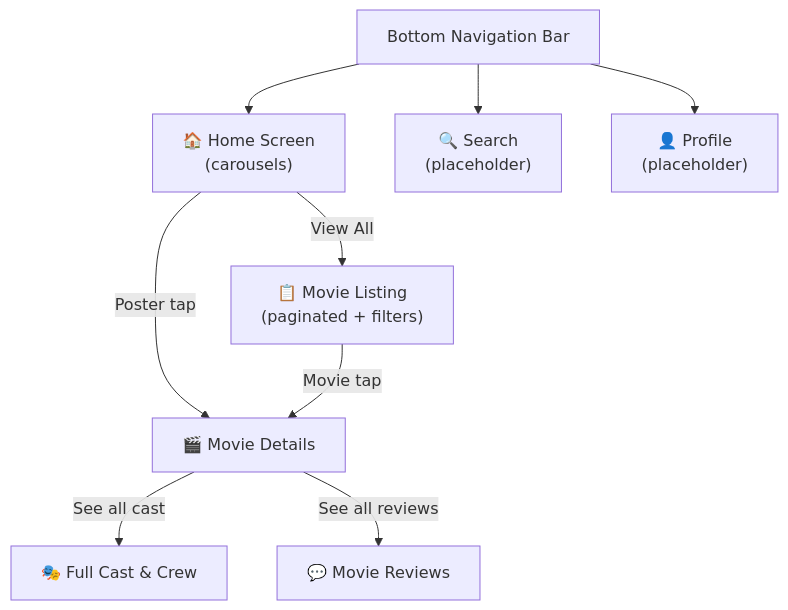
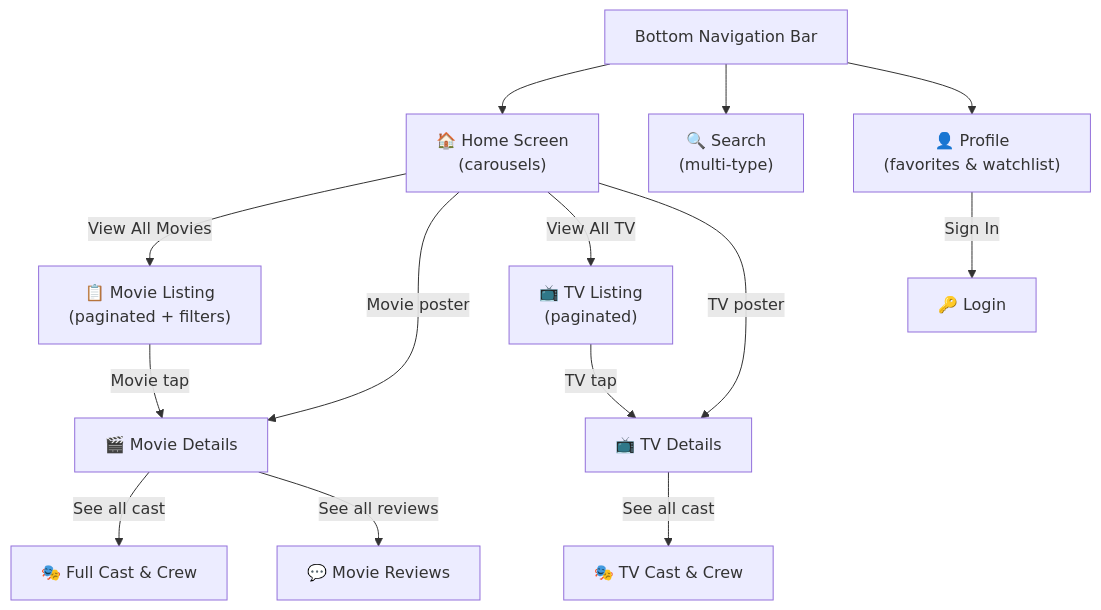
Before and after one commit to gspgobi/TMDB-v1: the first of 2 diagrams in README.md, drawn with Mermaid. The commit also changed other lines of this file, not shown here.

````diff
--- a/README.md
+++ b/README.md
@@ -54,21 +57,30 @@
 ```mermaid
 flowchart TD
     Home["🏠 Home Screen\n(carousels)"]
     Listing["📋 Movie Listing\n(paginated + filters)"]
     Details["🎬 Movie Details"]
     Cast["🎭 Full Cast & Crew"]
     Reviews["💬 Movie Reviews"]
-    Search["🔍 Search\n(placeholder)"]
-    Profile["👤 Profile\n(placeholder)"]
+    TvListing["📺 TV Listing\n(paginated)"]
+    TvDetails["📺 TV Details"]
+    TvCast["🎭 TV Cast & Crew"]
+    Search["🔍 Search\n(multi-type)"]
+    Profile["👤 Profile\n(favorites & watchlist)"]
+    Login["🔑 Login"]
 
-    Home -->|View All| Listing
-    Home -->|Poster tap| Details
+    Home -->|View All Movies| Listing
+    Home -->|Movie poster| Details
+    Home -->|View All TV| TvListing
+    Home -->|TV poster| TvDetails
     Listing -->|Movie tap| Details
     Details -->|See all cast| Cast
     Details -->|See all reviews| Reviews
+    TvListing -->|TV tap| TvDetails
+    TvDetails -->|See all cast| TvCast
+    Profile -->|Sign In| Login
 
     BottomNav["Bottom Navigation Bar"]
     BottomNav --> Home
     BottomNav --> Search
     BottomNav --> Profile
 ```
````
